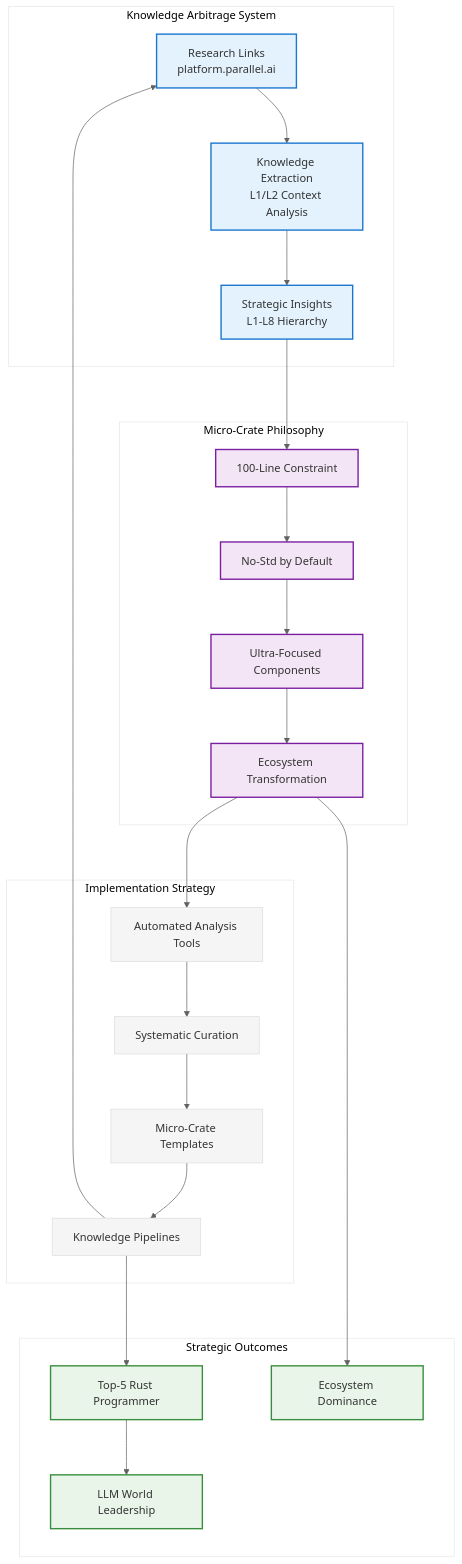
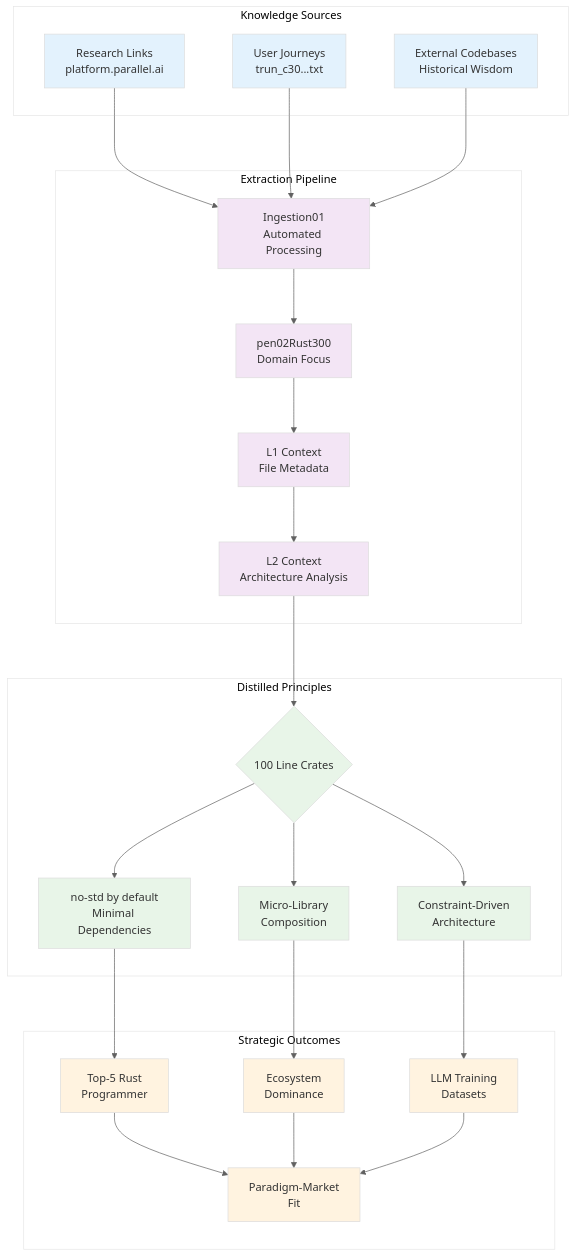
One commit to that-in-rust/pensieve-local-llm-server changed the diagram in gringotts/WorkArea/INGEST_20250930104957_300_9.md. Above: the diagram before and after it, drawn with Mermaid. The commit also changed other lines of this file and 5 other files, not shown here.

````diff
--- a/gringotts/WorkArea/INGEST_20250930104957_300_9.md
+++ b/gringotts/WorkArea/INGEST_20250930104957_300_9.md
@@ -148,60 +106,78 @@
 ```mermaid
 %%{init: {
   "theme": "base",
   "themeVariables": {
     "primaryColor": "#F5F5F5",
     "secondaryColor": "#E0E0E0",
     "lineColor": "#616161",
     "textColor": "#212121",
     "fontSize": "16px",
     "fontFamily": "Helvetica, Arial, sans-serif"
   },
   "flowchart": {
     "nodeSpacing": 70,
     "rankSpacing": 80,
     "wrappingWidth": 160,
     "curve": "basis"
   },
   "useMaxWidth": false
 }}%%
 
 flowchart TD
-    subgraph "Knowledge Arbitrage System"
-        A[Research Links<br/>platform.parallel.ai] --> B[Knowledge Extraction<br/>L1/L2 Context Analysis]
-        B --> C[Strategic Insights<br/>L1-L8 Hierarchy]
+    subgraph "Knowledge Sources"
+        A[Research Links<br/>platform.parallel.ai]
+        B[User Journeys<br/>trun_c30...txt]
+        C[External Codebases<br/>Historical Wisdom]
     end
     
-    subgraph "Micro-Crate Philosophy"
-        D[100-Line Constraint] --> E[No-Std by Default]
-        E --> F[Ultra-Focused Components]
-        F --> G[Ecosystem Transformation]
+    subgraph "Extraction Pipeline"
+        D[Ingestion01<br/>Automated Processing]
+        E[pen02Rust300<br/>Domain Focus]
+        F[L1 Context<br/>File Metadata]
+        G[L2 Context<br/>Architecture Analysis]
     end
     
-    subgraph "Implementation Strategy"
-        H[Automated Analysis Tools] --> I[Systematic Curation]
-        I --> J[Micro-Crate Templates]
-        J --> K[Knowledge Pipelines]
+    subgraph "Distilled Principles"
+        H{100 Line Crates}
+        I[no-std by default<br/>Minimal Dependencies]
+        J[Micro-Library<br/>Composition]
+        K[Constraint-Driven<br/>Architecture]
     end
     
-    C --> D
-    G --> H
-    K --> A
-    
     subgraph "Strategic Outcomes"
-        L[Top-5 Rust Programmer]
-        M[Ecosystem Dominance]
-        N[LLM World Leadership]
+        L[Top-5 Rust<br/>Programmer]
+        M[Ecosystem<br/>Dominance]
+        N[LLM Training<br/>Datasets]
+        O[Paradigm-Market<br/>Fit]
     end
     
-    K --> L
-    G --> M
-    L --> N
+    A --> D
+    B --> D
+    C --> D
     
-    classDef primary fill:#E3F2FD,stroke:#1976D2,stroke-width:2px
-    classDef secondary fill:#F3E5F5,stroke:#7B1FA2,stroke-width:2px
-    classDef outcome fill:#E8F5E8,stroke:#388E3C,stroke-width:2px
+    D --> E
+    E --> F
+    F --> G
     
-    class A,B,C primary
-    class D,E,F,G secondary
-    class L,M,N outcome
+    G --> H
+    H --> I
+    H --> J
+    H --> K
+    
+    I --> L
+    J --> M
+    K --> N
+    L --> O
+    M --> O
+    N --> O
+    
+    classDef source fill:#E3F2FD
+    classDef process fill:#F3E5F5
+    classDef principle fill:#E8F5E8
+    classDef outcome fill:#FFF3E0
+    
+    class A,B,C source
+    class D,E,F,G process
+    class H,I,J,K principle
+    class L,M,N,O outcome
 ```
````
